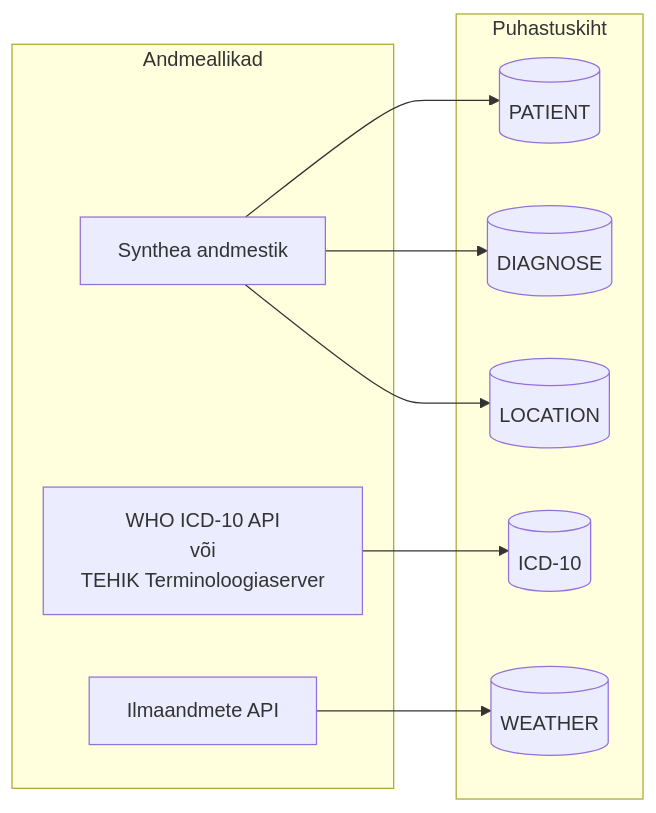
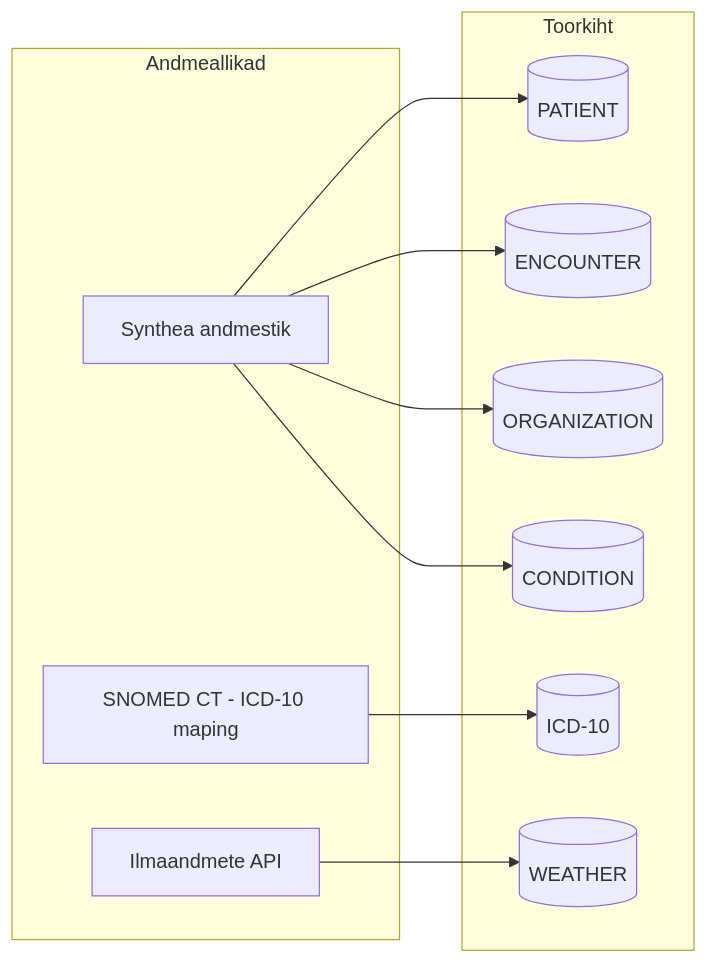
One commit to sergeierbin/weather-disease-correlation changed the first of 3 diagrams in docs/arhitektuur.md. Above: the diagram before and after it, drawn with Mermaid. The commit also changed other lines of this file and 6 other files, not shown here.

````diff
--- a/docs/arhitektuur.md
+++ b/docs/arhitektuur.md
@@ -9,26 +11,28 @@
 ```mermaid
 %% Andmeallikad
 
 graph LR
     subgraph Andmeallikad
         A[Synthea andmestik] 
-        B[WHO ICD-10 API<br/>või<br/>TEHIK Terminoloogiaserver]
+        B[SNOMED CT - ICD-10 maping]
         C[Ilmaandmete API]
     end
 
-    subgraph Puhastuskiht
+    subgraph Toorkiht
         D[(PATIENT)]
-        E[(DIAGNOSE)]
-        F[(LOCATION)]
+        E[(ENCOUNTER)]
+        F[(ORGANIZATION)]
         G[(ICD-10)]
         H[(WEATHER)]
+        I[(CONDITION)]
     end
 
     A --> D
     A --> E
     A --> F
+    A --> I
     
     B --> G
 
     C --> H
 ```
````
